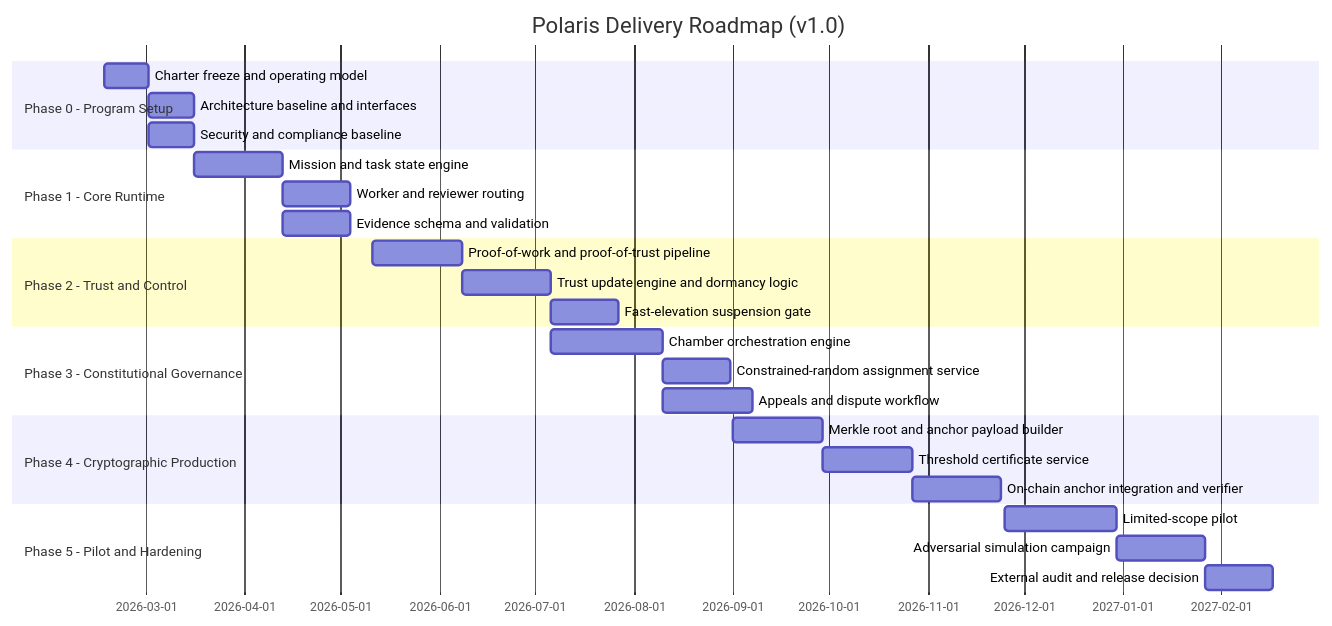
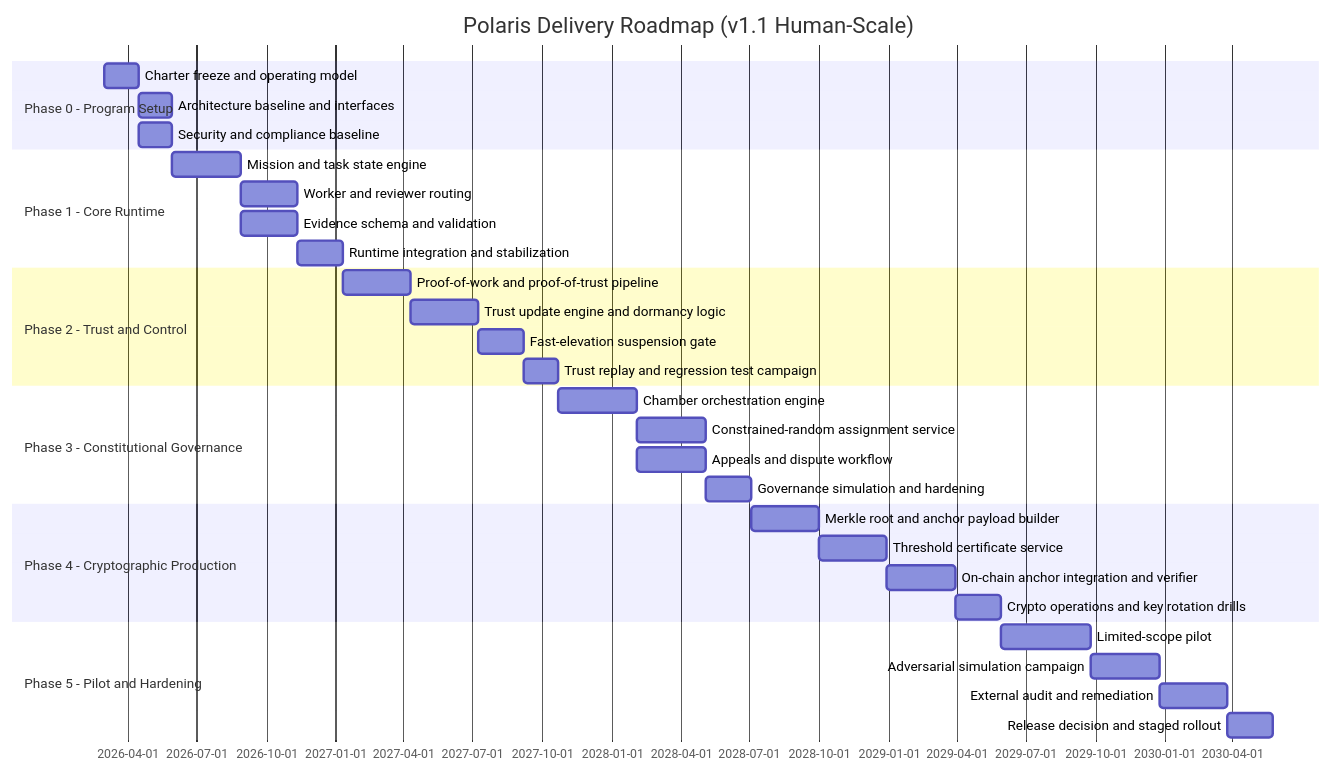
One commit to jebus197/Project_Genesis changed the first of 2 diagrams in POLARIS_ROADMAP.md. Above: the diagram before and after it, drawn with Mermaid. The commit also changed other lines of this file, not shown here.

Commit message:
Rebase roadmap to realistic single-developer timeline

````diff
--- a/POLARIS_ROADMAP.md
+++ b/POLARIS_ROADMAP.md
@@ -20,35 +40,40 @@
 ```mermaid
 gantt
-  title Polaris Delivery Roadmap (v1.0)
+  title Polaris Delivery Roadmap (v1.1 Human-Scale)
   dateFormat  YYYY-MM-DD
 
   section Phase 0 - Program Setup
-  Charter freeze and operating model         :p0a, 2026-02-16, 14d
-  Architecture baseline and interfaces       :p0b, after p0a, 14d
-  Security and compliance baseline           :p0c, after p0a, 14d
+  Charter freeze and operating model         :p0a, 2026-03-01, 45d
+  Architecture baseline and interfaces       :p0b, after p0a, 45d
+  Security and compliance baseline           :p0c, after p0a, 45d
 
   section Phase 1 - Core Runtime
-  Mission and task state engine              :p1a, 2026-03-16, 28d
-  Worker and reviewer routing                :p1b, after p1a, 21d
-  Evidence schema and validation             :p1c, after p1a, 21d
+  Mission and task state engine              :p1a, after p0b, 90d
+  Worker and reviewer routing                :p1b, after p1a, 75d
+  Evidence schema and validation             :p1c, after p1a, 75d
+  Runtime integration and stabilization       :p1d, after p1b, 60d
 
   section Phase 2 - Trust and Control
-  Proof-of-work and proof-of-trust pipeline  :p2a, 2026-05-11, 28d
-  Trust update engine and dormancy logic     :p2b, after p2a, 28d
-  Fast-elevation suspension gate             :p2c, after p2b, 21d
+  Proof-of-work and proof-of-trust pipeline  :p2a, after p1d, 90d
+  Trust update engine and dormancy logic     :p2b, after p2a, 90d
+  Fast-elevation suspension gate             :p2c, after p2b, 60d
+  Trust replay and regression test campaign  :p2d, after p2c, 45d
 
   section Phase 3 - Constitutional Governance
-  Chamber orchestration engine               :p3a, 2026-07-06, 35d
-  Constrained-random assignment service      :p3b, after p3a, 21d
-  Appeals and dispute workflow               :p3c, after p3a, 28d
+  Chamber orchestration engine               :p3a, after p2d, 105d
+  Constrained-random assignment service      :p3b, after p3a, 90d
+  Appeals and dispute workflow               :p3c, after p3a, 90d
+  Governance simulation and hardening         :p3d, after p3b, 60d
 
   section Phase 4 - Cryptographic Production
-  Merkle root and anchor payload builder     :p4a, 2026-09-01, 28d
-  Threshold certificate service              :p4b, after p4a, 28d
-  On-chain anchor integration and verifier   :p4c, after p4b, 28d
+  Merkle root and anchor payload builder     :p4a, after p3d, 90d
+  Threshold certificate service              :p4b, after p4a, 90d
+  On-chain anchor integration and verifier   :p4c, after p4b, 90d
+  Crypto operations and key rotation drills  :p4d, after p4c, 60d
 
   section Phase 5 - Pilot and Hardening
-  Limited-scope pilot                         :p5a, 2026-11-25, 35d
-  Adversarial simulation campaign            :p5b, after p5a, 28d
-  External audit and release decision        :p5c, after p5b, 21d
+  Limited-scope pilot                         :p5a, after p4d, 120d
+  Adversarial simulation campaign            :p5b, after p5a, 90d
+  External audit and remediation             :p5c, after p5b, 90d
+  Release decision and staged rollout         :p5d, after p5c, 60d
 ```
````
